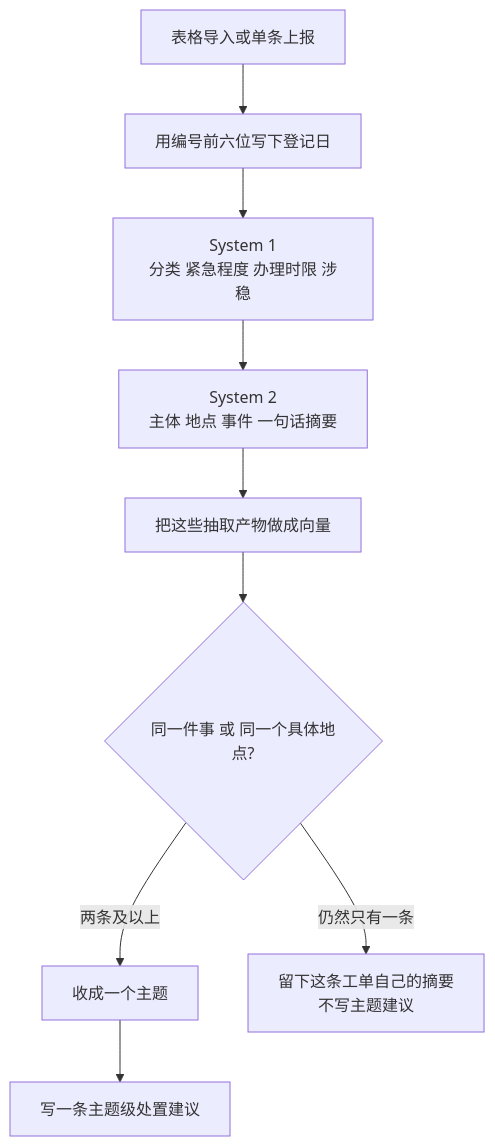
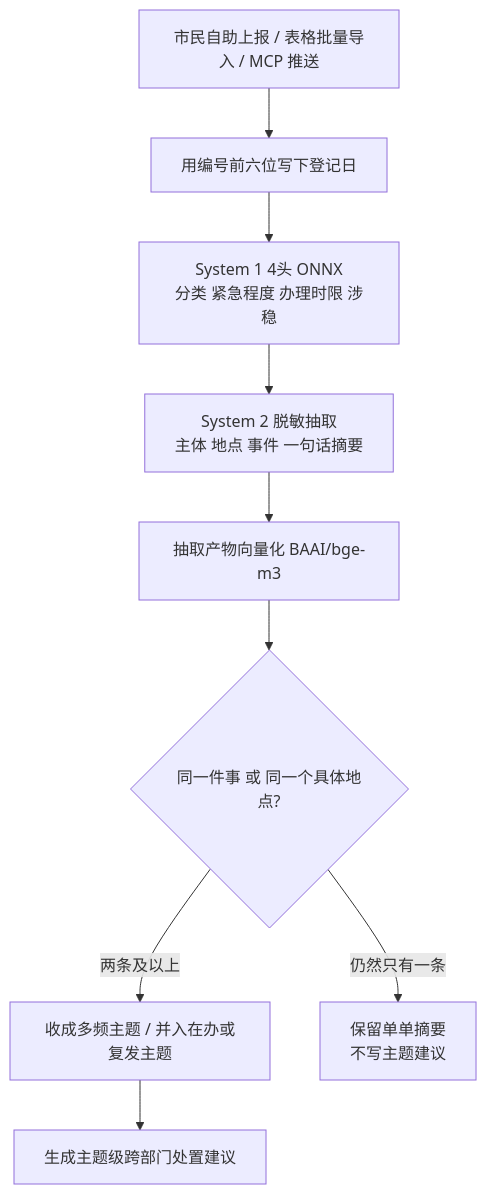
The second of 2 diagrams in docs/WORKFLOW.md (FireTable/12345), drawn with Mermaid before and after one commit. The commit also changed other lines of this file and 18 other files, not shown here.

````diff
--- a/docs/WORKFLOW.md
+++ b/docs/WORKFLOW.md
@@ -63,11 +81,11 @@
 ```mermaid
 flowchart TD
-    A[表格导入或单条上报] --> B[用编号前六位写下登记日]
-    B --> C[System 1<br/>分类 紧急程度 办理时限 涉稳]
-    C --> D[System 2<br/>主体 地点 事件 一句话摘要]
-    D --> E[把这些抽取产物做成向量]
+    A[市民自助上报 / 表格批量导入 / MCP 推送] --> B[用编号前六位写下登记日]
+    B --> C[System 1 4头 ONNX<br/>分类 紧急程度 办理时限 涉稳]
+    C --> D[System 2 脱敏抽取<br/>主体 地点 事件 一句话摘要]
+    D --> E[抽取产物向量化 BAAI/bge-m3]
     E --> F{同一件事 或 同一个具体地点?}
-    F -->|两条及以上| G[收成一个主题]
-    G --> H[写一条主题级处置建议]
-    F -->|仍然只有一条| I[留下这条工单自己的摘要<br/>不写主题建议]
+    F -->|两条及以上| G[收成多频主题 / 并入在办或复发主题]
+    G --> H[生成主题级跨部门处置建议]
+    F -->|仍然只有一条| I[保留单单摘要<br/>不写主题建议]
 ```
````
